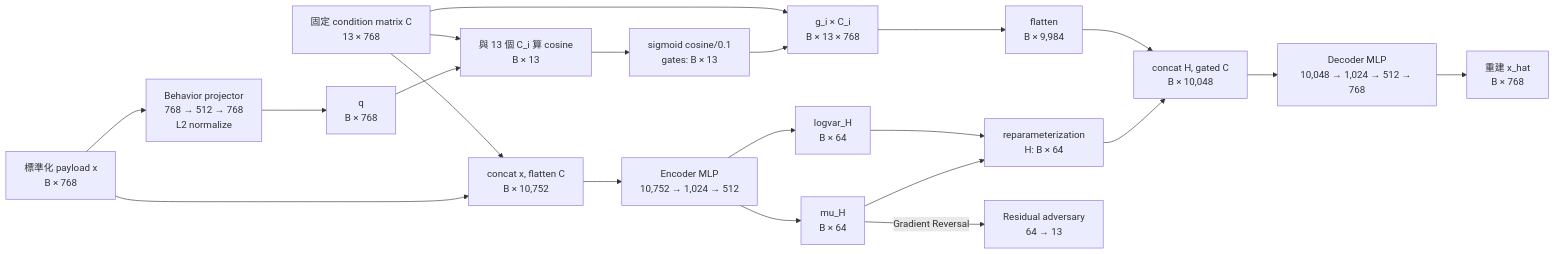
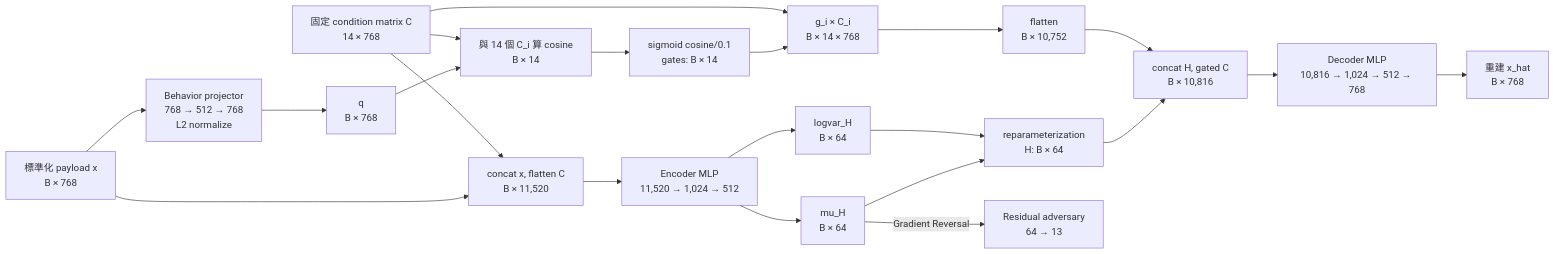
The second of 2 diagrams in experiments/disentangled_cvae_step1/README.md (Heng1222/net_packages), drawn with Mermaid before and after one commit. The commit also changed other lines of this file and 14 other files, not shown here.

````diff
--- a/experiments/disentangled_cvae_step1/README.md
+++ b/experiments/disentangled_cvae_step1/README.md
@@ -78,29 +78,29 @@
 ```mermaid
 flowchart LR
     X[標準化 payload x<br/>B × 768]
-    C[固定 condition matrix C<br/>13 × 768]
+    C[固定 condition matrix C<br/>14 × 768]
 
-    X --> ENCIN[concat x, flatten C<br/>B × 10,752]
+    X --> ENCIN[concat x, flatten C<br/>B × 11,520]
     C --> ENCIN
-    ENCIN --> ENC[Encoder MLP<br/>10,752 → 1,024 → 512]
+    ENCIN --> ENC[Encoder MLP<br/>11,520 → 1,024 → 512]
     ENC --> MU[mu_H<br/>B × 64]
     ENC --> LV[logvar_H<br/>B × 64]
     MU --> REP[reparameterization<br/>H: B × 64]
     LV --> REP
 
     X --> PROJ[Behavior projector<br/>768 → 512 → 768<br/>L2 normalize]
     PROJ --> Q[q<br/>B × 768]
-    Q --> COS[與 13 個 C_i 算 cosine<br/>B × 13]
+    Q --> COS[與 14 個 C_i 算 cosine<br/>B × 14]
     C --> COS
-    COS --> G[sigmoid cosine/0.1<br/>gates: B × 13]
+    COS --> G[sigmoid cosine/0.1<br/>gates: B × 14]
 
-    G --> GC[g_i × C_i<br/>B × 13 × 768]
+    G --> GC[g_i × C_i<br/>B × 14 × 768]
     C --> GC
-    GC --> FLAT[flatten<br/>B × 9,984]
-    REP --> DECIN[concat H, gated C<br/>B × 10,048]
+    GC --> FLAT[flatten<br/>B × 10,752]
+    REP --> DECIN[concat H, gated C<br/>B × 10,816]
     FLAT --> DECIN
-    DECIN --> DEC[Decoder MLP<br/>10,048 → 1,024 → 512 → 768]
+    DECIN --> DEC[Decoder MLP<br/>10,816 → 1,024 → 512 → 768]
     DEC --> XR[重建 x_hat<br/>B × 768]
 
     MU -->|Gradient Reversal| ADV[Residual adversary<br/>64 → 13]
 ```
````
